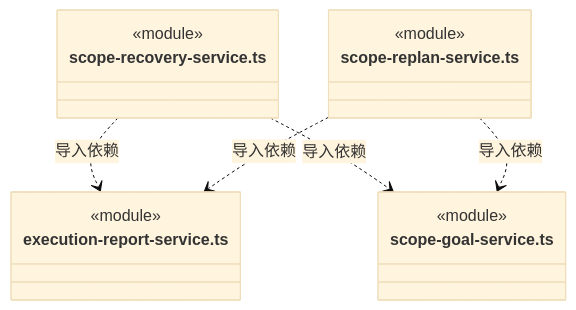
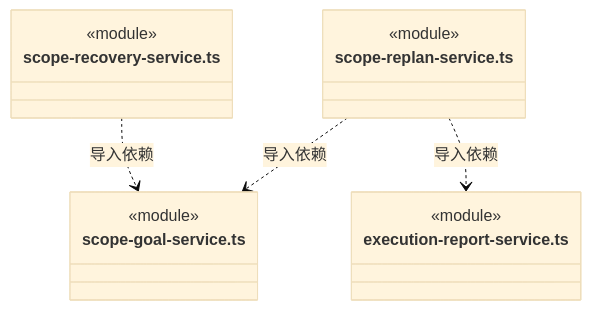
Diagram 39 of 42 in src/backend/scheduler-engine/execution/ARCHITECTURE.md (nan023062/cbim), drawn with Mermaid (base theme) before and after one commit. The commit also changed other lines of this file and 70 other files, not shown here.

````diff
--- a/src/backend/scheduler-engine/execution/ARCHITECTURE.md
+++ b/src/backend/scheduler-engine/execution/ARCHITECTURE.md
@@ -1007,19 +1067,18 @@
 ```mermaid
 classDiagram
 class N_src_backend_scheduler_engine_execution_scope_recovery_service_ts["scope-recovery-service.ts"] {
-  <<module>>
-}
-class N_src_backend_scheduler_engine_execution_execution_report_service_ts["execution-report-service.ts"] {
   <<module>>
 }
 class N_src_backend_scheduler_engine_execution_scope_goal_service_ts["scope-goal-service.ts"] {
   <<module>>
 }
 class N_src_backend_scheduler_engine_execution_scope_replan_service_ts["scope-replan-service.ts"] {
   <<module>>
 }
-N_src_backend_scheduler_engine_execution_scope_recovery_service_ts ..> N_src_backend_scheduler_engine_execution_execution_report_service_ts : 导入依赖
+class N_src_backend_scheduler_engine_execution_execution_report_service_ts["execution-report-service.ts"] {
+  <<module>>
+}
 N_src_backend_scheduler_engine_execution_scope_recovery_service_ts ..> N_src_backend_scheduler_engine_execution_scope_goal_service_ts : 导入依赖
 N_src_backend_scheduler_engine_execution_scope_replan_service_ts ..> N_src_backend_scheduler_engine_execution_scope_goal_service_ts : 导入依赖
 N_src_backend_scheduler_engine_execution_scope_replan_service_ts ..> N_src_backend_scheduler_engine_execution_execution_report_service_ts : 导入依赖
 ```
````
